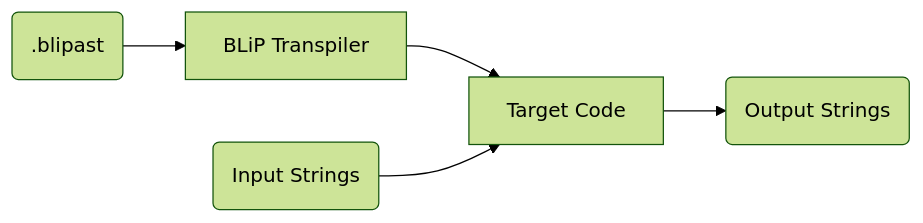
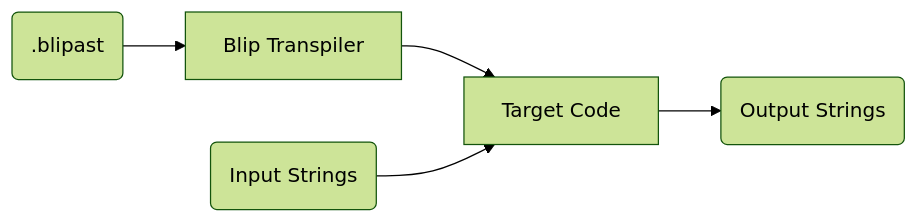
One commit to psysrc/blip changed the third of 3 diagrams in README.md. Above: the diagram before and after it, drawn with Mermaid (forest theme). The commit also changed other lines of this file, not shown here.

````diff
--- a/README.md
+++ b/README.md
@@ -36,13 +36,13 @@
 ```mermaid
 flowchart LR
     blipast(.blipast)
     t[Target Code]
-    transpiler[BLiP Transpiler]
+    transpiler[Blip Transpiler]
 
     i(Input Strings)
     o(Output Strings)
 
     blipast --> transpiler --> t
 
     i --> t --> o
 ```
````
